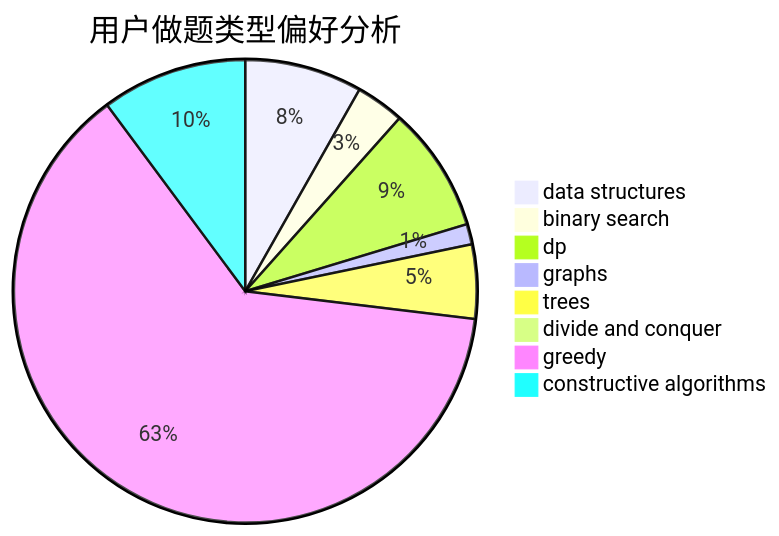
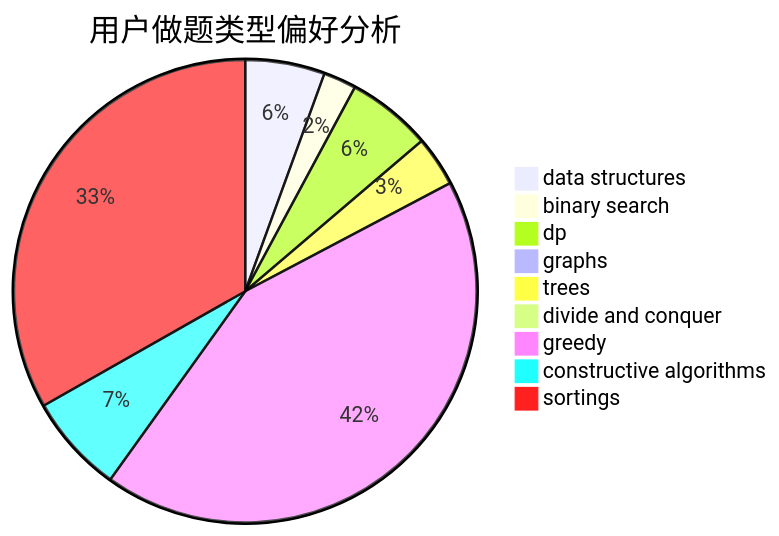
One commit to sherpahu/cfrs.github.io changed the second of 3 diagrams in docs/user/u784.md. Above: the diagram before and after it, drawn with Mermaid. The commit also changed other lines of this file and 2769 other files, not shown here.

````diff
--- a/docs/user/u784.md
+++ b/docs/user/u784.md
@@ -23,11 +18,12 @@
 ```mermaid
 pie title 用户做题类型偏好分析
     "data structures" :  46
     "binary search" :  19
     "dp" :  49
     "graphs" :  8
     "trees" :  29
     "divide and conquer" :  0
     "greedy" :  353
     "constructive algorithms" :  57
+    "sortings" :  275
 ```
````
